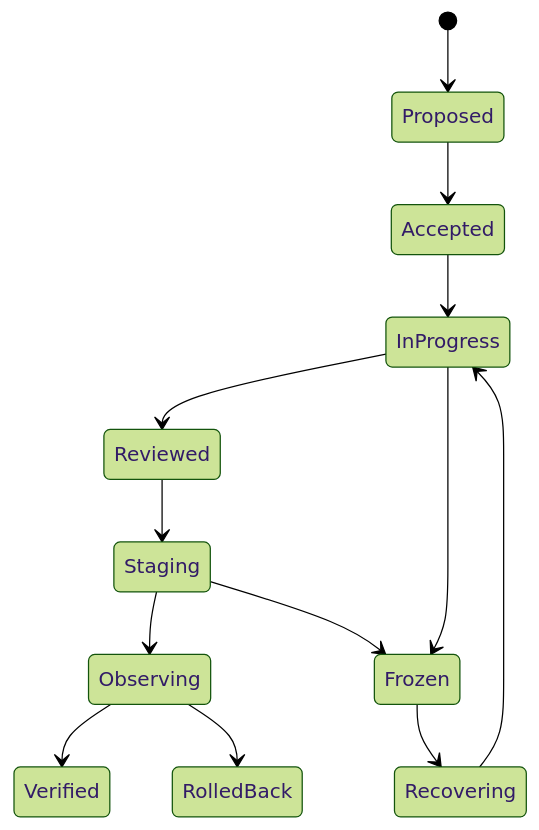
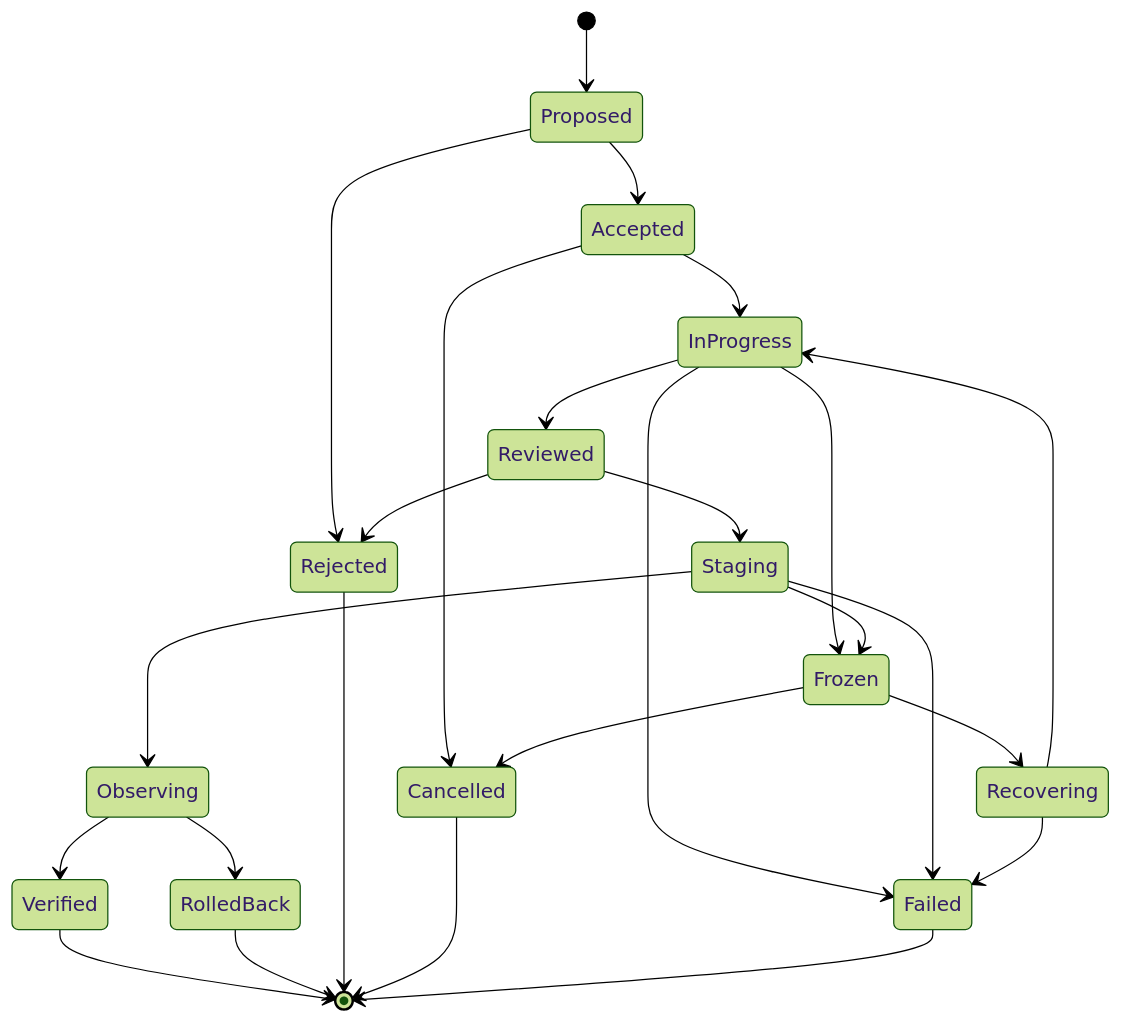
The third of 3 diagrams in content/en-US/best-practices/build-agent-native-self-evolving-software/index.md (QoderAI/cloud-agents-cookbook), drawn with Mermaid (forest theme) before and after one commit. The commit also changed other lines of this file, not shown here.

Commit message:
content: strengthen Me&Me evolution governance

````diff
--- a/content/en-US/best-practices/build-agent-native-self-evolving-software/index.md
+++ b/content/en-US/best-practices/build-agent-native-self-evolving-software/index.md
@@ -130,15 +130,27 @@
 ```mermaid
 stateDiagram-v2
     [*] --> Proposed
     Proposed --> Accepted
+    Proposed --> Rejected
     Accepted --> InProgress
+    Accepted --> Cancelled
     InProgress --> Reviewed
+    InProgress --> Failed
     Reviewed --> Staging
+    Reviewed --> Rejected
     Staging --> Observing
+    Staging --> Failed
     Observing --> Verified
     Observing --> RolledBack
     InProgress --> Frozen
     Staging --> Frozen
     Frozen --> Recovering
+    Frozen --> Cancelled
     Recovering --> InProgress
+    Recovering --> Failed
+    Verified --> [*]
+    RolledBack --> [*]
+    Rejected --> [*]
+    Cancelled --> [*]
+    Failed --> [*]
 ```
````
